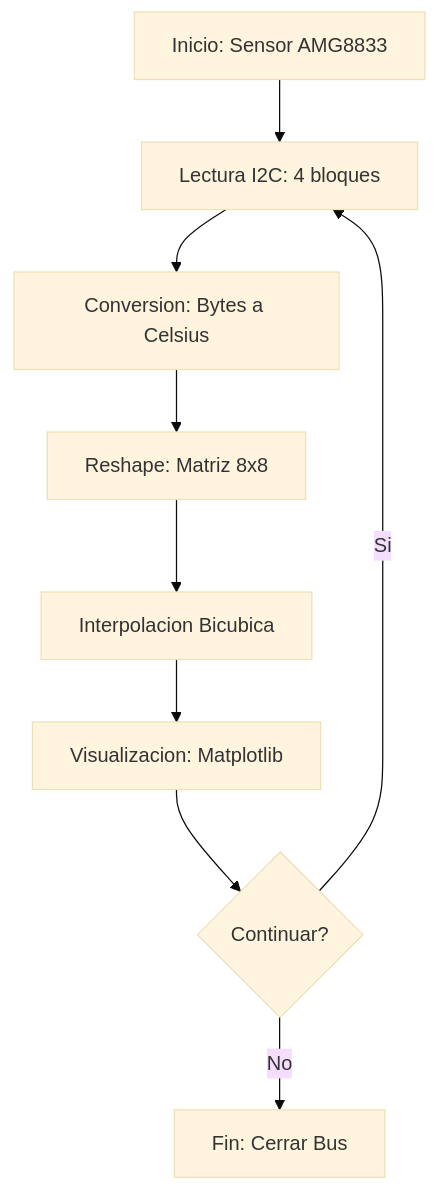
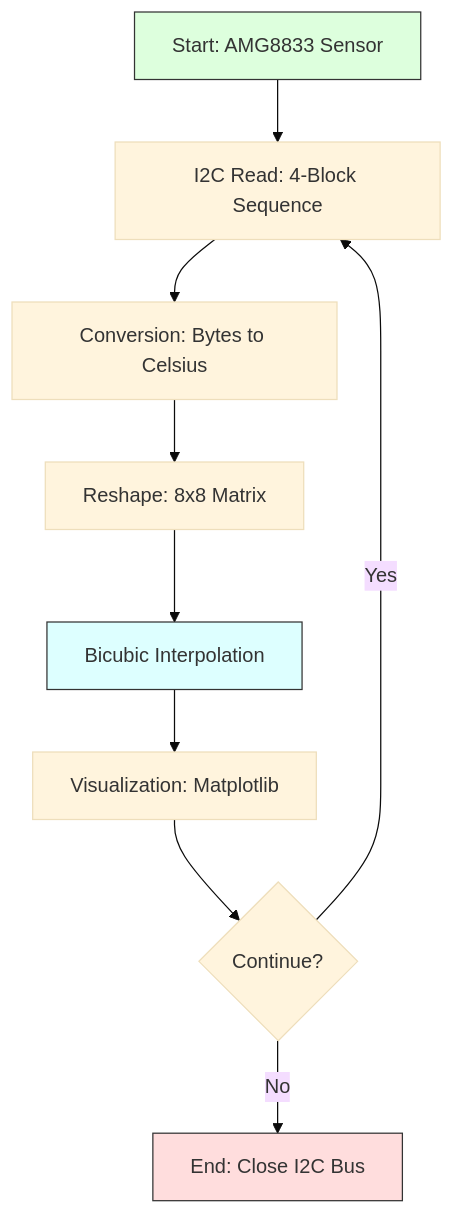
One commit to RafaelMorales1903/SARBot changed the diagram in thermal/thermal.mmd. Above: the diagram before and after it, drawn with Mermaid (base theme). The commit also changed 1 other file, not shown here.

```diff
--- a/thermal/thermal.mmd
+++ b/thermal/thermal.mmd
@@ -1,9 +1,14 @@
 graph TD
-    A[Inicio: Sensor AMG8833] --> B[Lectura I2C: 4 bloques]
-    B --> C[Conversion: Bytes a Celsius]
-    C --> D[Reshape: Matriz 8x8]
-    D --> E[Interpolacion Bicubica]
-    E --> F[Visualizacion: Matplotlib]
-    F --> G{Continuar?}
-    G -->|Si| B
-    G -->|No| H[Fin: Cerrar Bus]
+    A[Start: AMG8833 Sensor] --> B[I2C Read: 4-Block Sequence]
+    B --> C[Conversion: Bytes to Celsius]
+    D --> E[Bicubic Interpolation]
+    C --> D[Reshape: 8x8 Matrix]
+    E --> F[Visualization: Matplotlib]
+    F --> G{Continue?}
+    G -->|Yes| B
+    G -->|No| H[End: Close I2C Bus]
+
+    %% Estilos para que se vea más profesional
+    style A fill:#dfd,stroke:#333
+    style H fill:#fdd,stroke:#333
+    style E fill:#dff,stroke:#333
```
